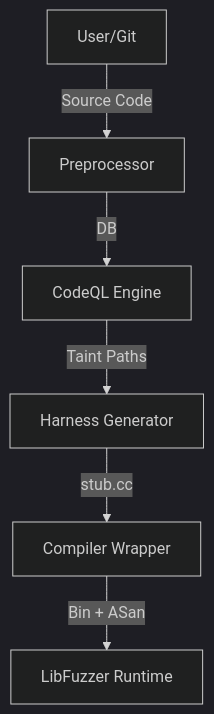
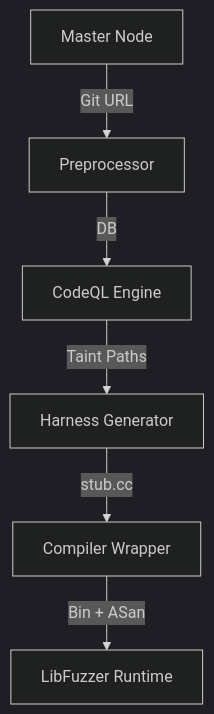
One commit to Logic70/FuzzFactory-WrightwithAI- changed the diagram in docs/design/SF01_SourceCodeFuzz.md. Above: the diagram before and after it, drawn with Mermaid (dark theme). The commit also changed 4 other files, not shown here.

Commit message:
Refactor: Align System Context diagrams across HLD and LLD

````diff
--- a/docs/design/SF01_SourceCodeFuzz.md
+++ b/docs/design/SF01_SourceCodeFuzz.md
@@ -7,8 +7,8 @@
 ```mermaid
 graph TD
-    User[User/Git] -->|Source Code| pre[Preprocessor]
+    Master[Master Node] -->|Git URL| pre[Preprocessor]
     pre -->|DB| CodeQL[CodeQL Engine]
     CodeQL -->|Taint Paths| Generator[Harness Generator]
     Generator -->|stub.cc| Builder[Compiler Wrapper]
     Builder -->|Bin + ASan| Fuzzer[LibFuzzer Runtime]
 ```
````
